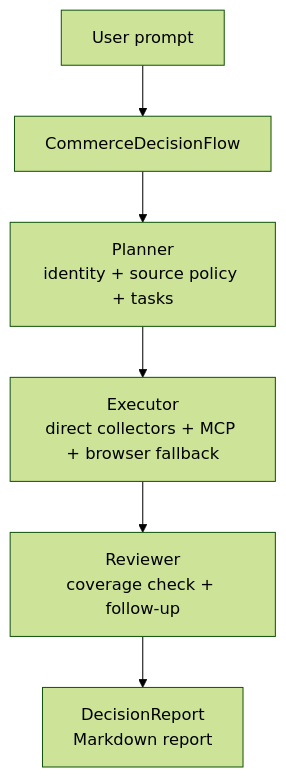
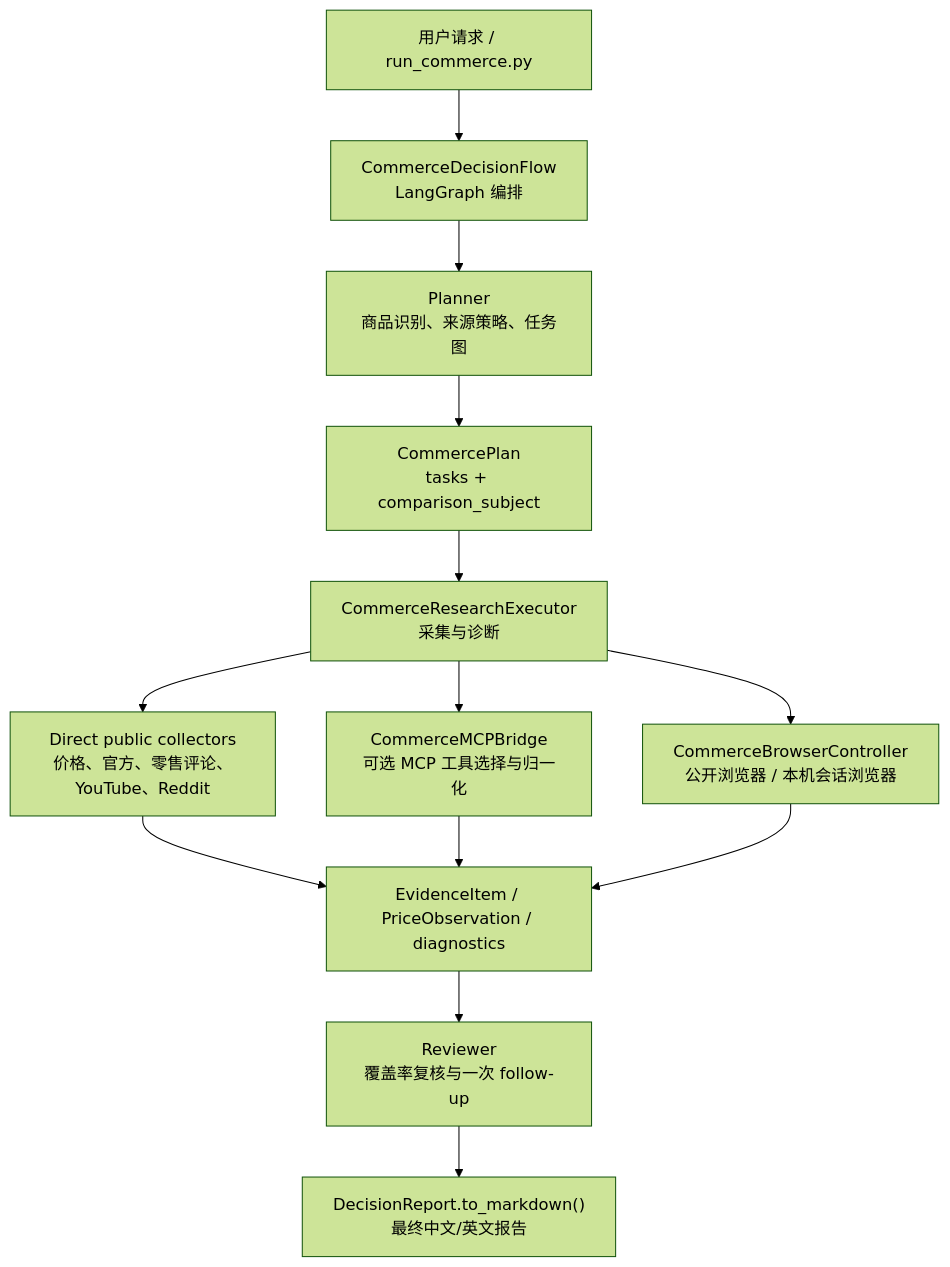
The first of 2 diagrams in README.md (HelloAvava/WebScout), drawn with Mermaid (forest theme) before and after one commit. The commit also changed other lines of this file, not shown here.

Commit message:
Add README architecture diagrams

````diff
--- a/README.md
+++ b/README.md
@@ -18,8 +18,15 @@
 ```mermaid
 flowchart TB
-  U["User prompt"] --> F["CommerceDecisionFlow"]
-  F --> P["Planner<br/>identity + source policy + tasks"]
-  P --> E["Executor<br/>direct collectors + MCP + browser fallback"]
-  E --> R["Reviewer<br/>coverage check + follow-up"]
-  R --> O["DecisionReport<br/>Markdown report"]
+  U["用户请求 / run_commerce.py"] --> F["CommerceDecisionFlow<br/>LangGraph 编排"]
+  F --> P["Planner<br/>商品识别、来源策略、任务图"]
+  P --> PL["CommercePlan<br/>tasks + comparison_subject"]
+  PL --> E["CommerceResearchExecutor<br/>采集与诊断"]
+  E --> D["Direct public collectors<br/>价格、官方、零售评论、YouTube、Reddit"]
+  E --> M["CommerceMCPBridge<br/>可选 MCP 工具选择与归一化"]
+  E --> B["CommerceBrowserController<br/>公开浏览器 / 本机会话浏览器"]
+  D --> EV["EvidenceItem / PriceObservation / diagnostics"]
+  M --> EV
+  B --> EV
+  EV --> R["Reviewer<br/>覆盖率复核与一次 follow-up"]
+  R --> O["DecisionReport.to_markdown()<br/>最终中文/英文报告"]
 ```
````
